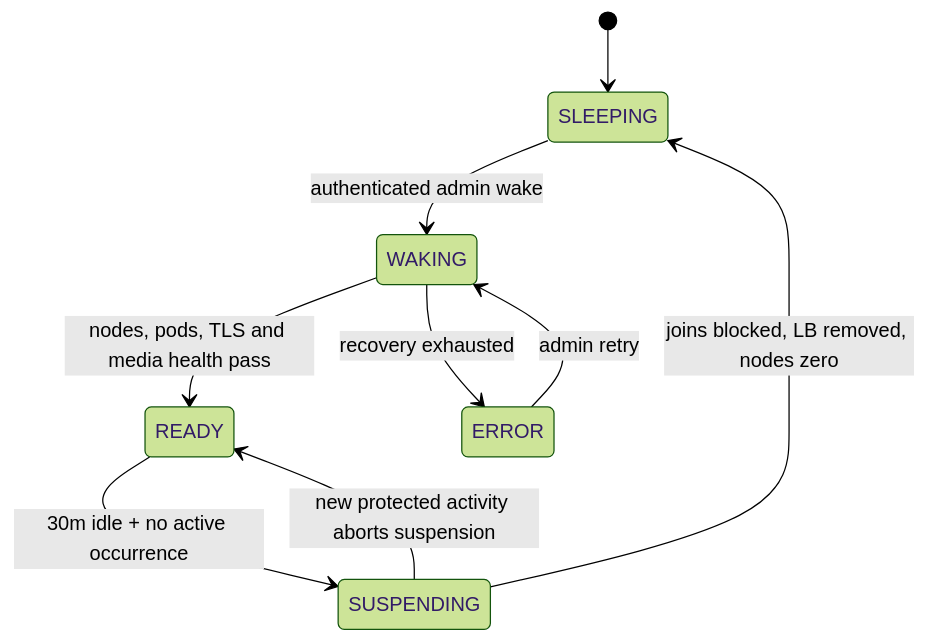
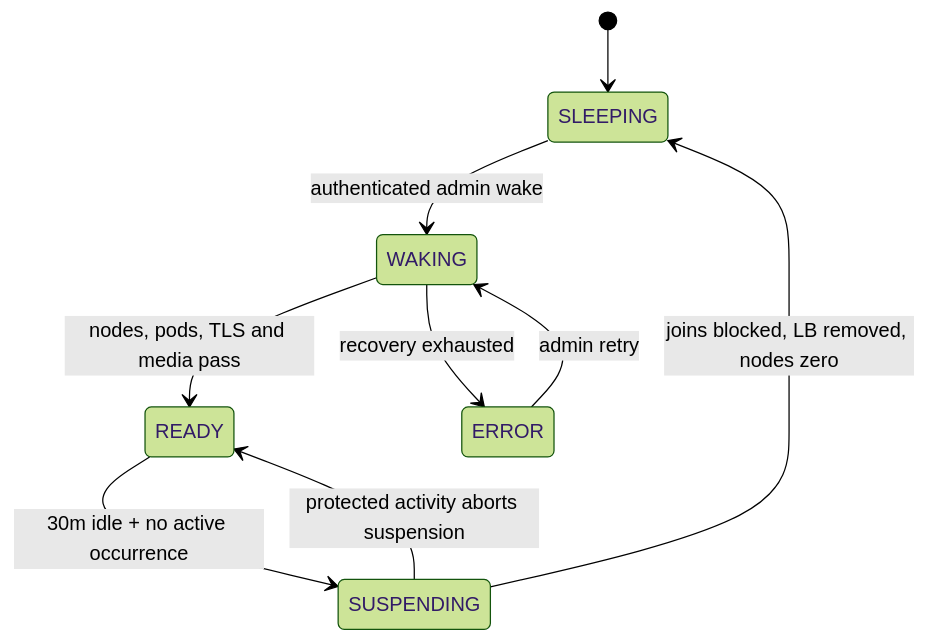
One commit to joinarun/RoleCallAI changed the second of 3 diagrams in docs/FLOW.md. Above: the diagram before and after it, drawn with Mermaid (forest theme). The commit also changed other lines of this file and 36 other files, not shown here.

````diff
--- a/docs/FLOW.md
+++ b/docs/FLOW.md
@@ -104,11 +75,11 @@
 ```mermaid
 stateDiagram-v2
     [*] --> SLEEPING
     SLEEPING --> WAKING: authenticated admin wake
-    WAKING --> READY: nodes, pods, TLS and media health pass
+    WAKING --> READY: nodes, pods, TLS and media pass
     WAKING --> ERROR: recovery exhausted
     ERROR --> WAKING: admin retry
     READY --> SUSPENDING: 30m idle + no active occurrence
     SUSPENDING --> SLEEPING: joins blocked, LB removed, nodes zero
-    SUSPENDING --> READY: new protected activity aborts suspension
+    SUSPENDING --> READY: protected activity aborts suspension
 ```
````
